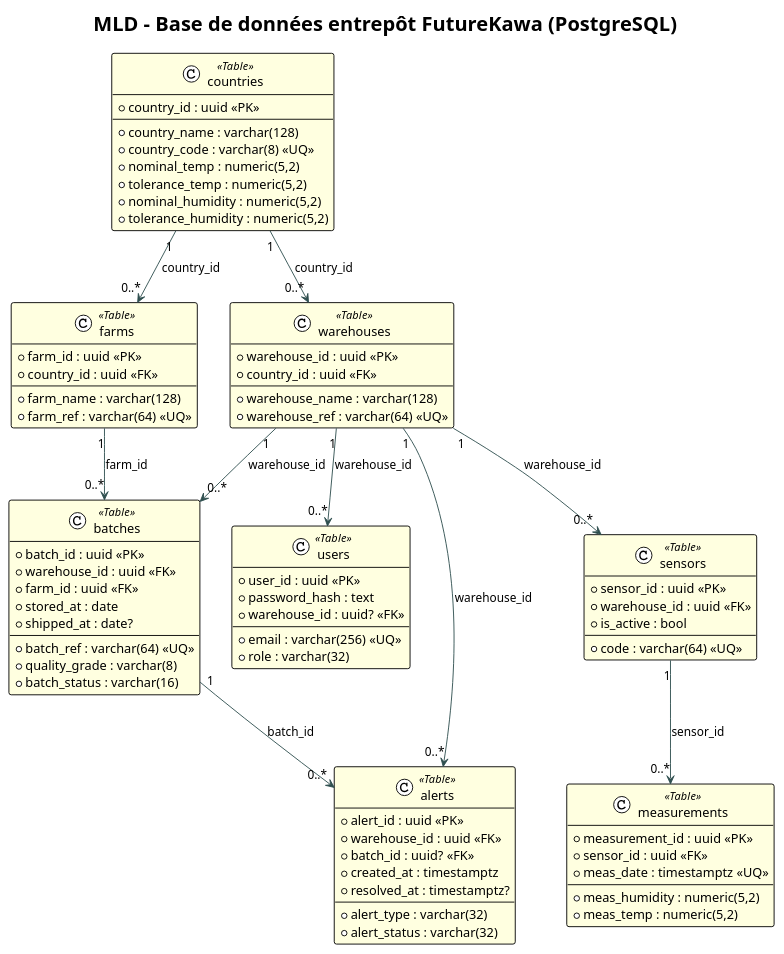
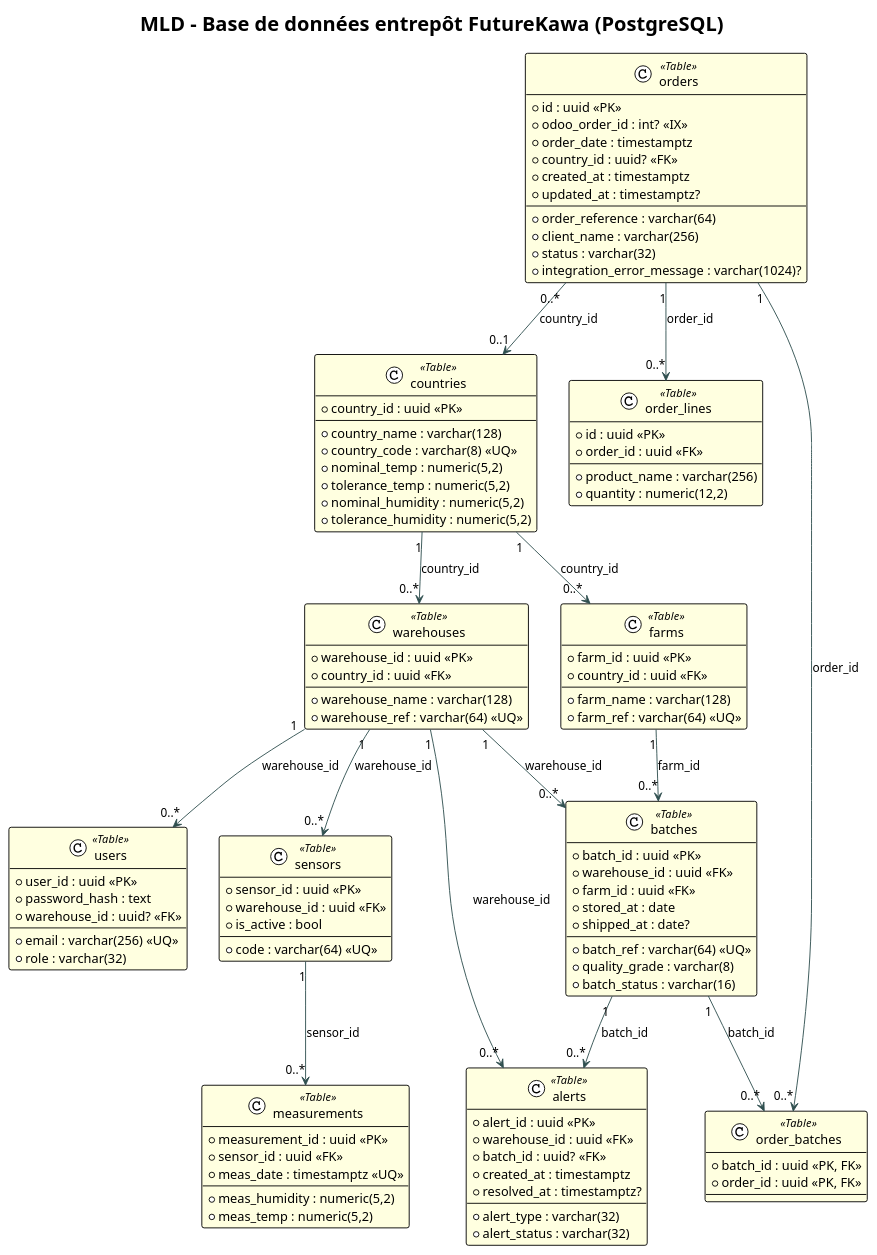
The diagram in Documentation/diagrammes/mld_warehouse.puml (FutureKawa-Nte-G2/FutureKawa), drawn with PlantUML before and after one commit. The commit also changed 19 other files, not shown here.

Commit message:
feat: associate orders with origin country and auto-generate batch references in Odoo

```diff
--- a/Documentation/diagrammes/mld_warehouse.puml
+++ b/Documentation/diagrammes/mld_warehouse.puml
@@ -1,91 +1,120 @@
 @startuml MLD_Warehouse_FutureKawa
 
 !theme plain
 
 title MLD - Base de données entrepôt FutureKawa (PostgreSQL)
 
 skinparam class {
     BackgroundColor<<Table>> LightYellow
     ArrowColor DarkSlateGray
 }
 
 class "users" as Users <<Table>> {
   + user_id : uuid <<PK>>
   + email : varchar(256) <<UQ>>
   + password_hash : text
   + role : varchar(32)
   + warehouse_id : uuid? <<FK>>
 }
 
 class "countries" as Countries <<Table>> {
   + country_id : uuid <<PK>>
   + country_name : varchar(128)
   + country_code : varchar(8) <<UQ>>
   + nominal_temp : numeric(5,2)
   + tolerance_temp : numeric(5,2)
   + nominal_humidity : numeric(5,2)
   + tolerance_humidity : numeric(5,2)
 }
 
 class "farms" as Farms <<Table>> {
   + farm_id : uuid <<PK>>
   + country_id : uuid <<FK>>
   + farm_name : varchar(128)
   + farm_ref : varchar(64) <<UQ>>
 }
 
 class "warehouses" as Warehouses <<Table>> {
   + warehouse_id : uuid <<PK>>
   + country_id : uuid <<FK>>
   + warehouse_name : varchar(128)
   + warehouse_ref : varchar(64) <<UQ>>
 }
 
 class "batches" as Batches <<Table>> {
   + batch_id : uuid <<PK>>
   + warehouse_id : uuid <<FK>>
   + farm_id : uuid <<FK>>
   + batch_ref : varchar(64) <<UQ>>
   + stored_at : date
   + shipped_at : date?
   + quality_grade : varchar(8)
   + batch_status : varchar(16)
 }
 
 class "sensors" as Sensors <<Table>> {
   + sensor_id : uuid <<PK>>
   + warehouse_id : uuid <<FK>>
   + code : varchar(64) <<UQ>>
   + is_active : bool
 }
 
 class "measurements" as Measurements <<Table>> {
   + measurement_id : uuid <<PK>>
   + sensor_id : uuid <<FK>>
   + meas_date : timestamptz <<UQ>>
   + meas_humidity : numeric(5,2)
   + meas_temp : numeric(5,2)
 }
 
 class "alerts" as Alerts <<Table>> {
   + alert_id : uuid <<PK>>
   + warehouse_id : uuid <<FK>>
   + batch_id : uuid? <<FK>>
   + alert_type : varchar(32)
   + alert_status : varchar(32)
   + created_at : timestamptz
   + resolved_at : timestamptz?
 }
 
+class "orders" as Orders <<Table>> {
+  + id : uuid <<PK>>
+  + odoo_order_id : int? <<IX>>
+  + order_reference : varchar(64)
+  + order_date : timestamptz
+  + client_name : varchar(256)
+  + country_id : uuid? <<FK>>
+  + status : varchar(32)
+  + integration_error_message : varchar(1024)?
+  + created_at : timestamptz
+  + updated_at : timestamptz?
+}
+
+class "order_lines" as OrderLines <<Table>> {
+  + id : uuid <<PK>>
+  + order_id : uuid <<FK>>
+  + product_name : varchar(256)
+  + quantity : numeric(12,2)
+}
+
+class "order_batches" as OrderBatches <<Table>> {
+  + batch_id : uuid <<PK, FK>>
+  + order_id : uuid <<PK, FK>>
+}
+
 ' Relations logiques (PK/FK)
 Countries "1" --> "0..*" Farms : country_id
 Countries "1" --> "0..*" Warehouses : country_id
 Farms "1" --> "0..*" Batches : farm_id
 Warehouses "1" --> "0..*" Batches : warehouse_id
 Warehouses "1" --> "0..*" Users : warehouse_id
 Warehouses "1" --> "0..*" Sensors : warehouse_id
 Warehouses "1" --> "0..*" Alerts : warehouse_id
 Sensors "1" --> "0..*" Measurements : sensor_id
 Batches "1" --> "0..*" Alerts : batch_id
+Orders "0..*" --> "0..1" Countries : country_id
+Orders "1" --> "0..*" OrderLines : order_id
+Orders "1" --> "0..*" OrderBatches : order_id
+Batches "1" --> "0..*" OrderBatches : batch_id
 
 @enduml
```
